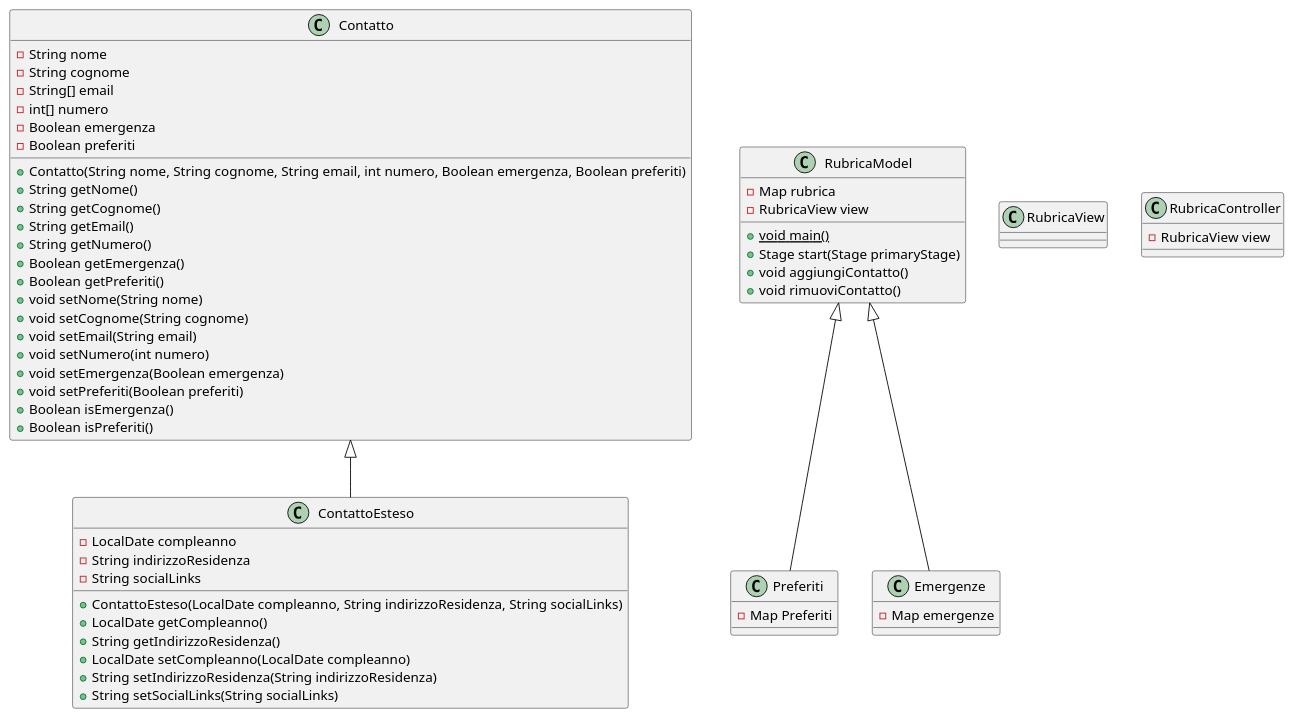
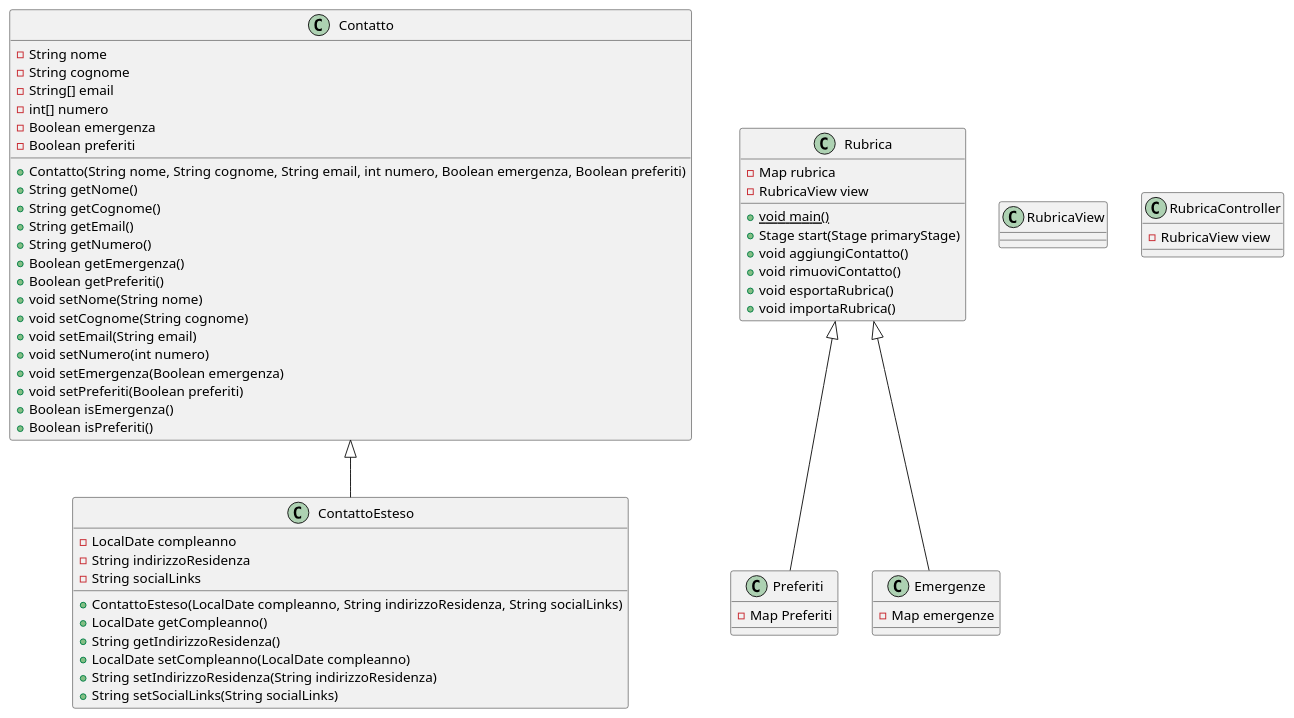
Before and after one commit to emanueletocci/uni-swe-project: the diagram in docs/bozze/Diagrammi/Classi/DiagrammiClassi.puml, drawn with PlantUML.

Commit message:
correzione e aggiornamento diagramma delle classi

```diff
--- a/docs/bozze/Diagrammi/Classi/DiagrammiClassi.puml
+++ b/docs/bozze/Diagrammi/Classi/DiagrammiClassi.puml
@@ -1,62 +1,64 @@
 @startuml
 class Contatto {
   - String nome
   - String cognome
   - String[] email
   - int[] numero
   - Boolean emergenza
   - Boolean preferiti
   + Contatto(String nome, String cognome, String email, int numero, Boolean emergenza, Boolean preferiti)
   + String getNome()
   + String getCognome()
   + String getEmail()
   + String getNumero()
   + Boolean getEmergenza()
   + Boolean getPreferiti()
   + void setNome(String nome)
   + void setCognome(String cognome)
   + void setEmail(String email)
   + void setNumero(int numero)
   + void setEmergenza(Boolean emergenza)
   + void setPreferiti(Boolean preferiti)
   + Boolean isEmergenza()
   + Boolean isPreferiti()
   
 } 
 class ContattoEsteso {
   - LocalDate compleanno
   - String indirizzoResidenza
   - String socialLinks
   + ContattoEsteso(LocalDate compleanno, String indirizzoResidenza, String socialLinks)
   + LocalDate getCompleanno()
   + String getIndirizzoResidenza()
   + LocalDate setCompleanno(LocalDate compleanno)
   + String setIndirizzoResidenza(String indirizzoResidenza)
   + String setSocialLinks(String socialLinks)
 }
-class RubricaModel {
+class Rubrica {
   - Map rubrica 
   - RubricaView view 
   + void {static} main()
   + Stage start(Stage primaryStage)
   + void aggiungiContatto()
   + void rimuoviContatto()
+  + void esportaRubrica()
+  + void importaRubrica()
 }
 
 class Preferiti {
   - Map Preferiti
 }
 class Emergenze {
   - Map emergenze 
 }
 
 class RubricaView 
 class RubricaController{
   - RubricaView view
 }
 
 Contatto <|-- ContattoEsteso
-RubricaModel <|-- Preferiti
-RubricaModel <|-- Emergenze
+Rubrica <|-- Preferiti
+Rubrica <|-- Emergenze
 
 @enduml
```
